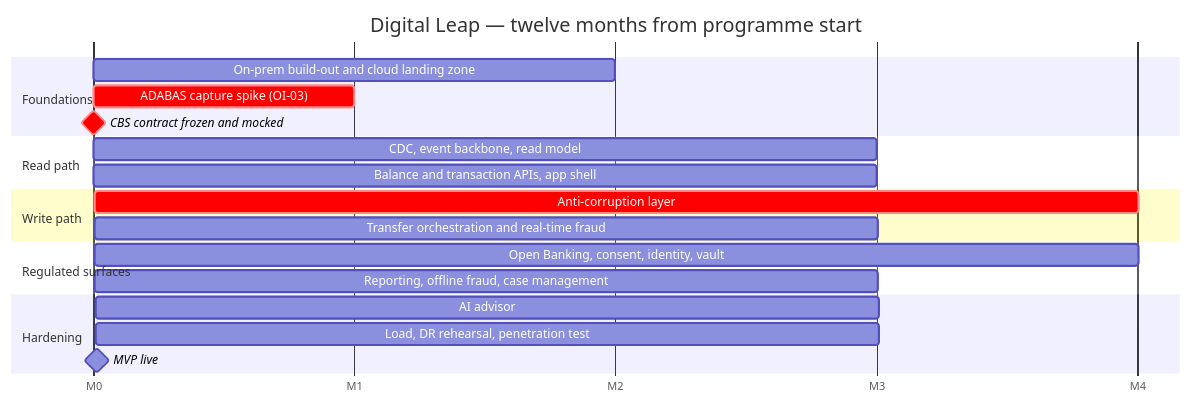
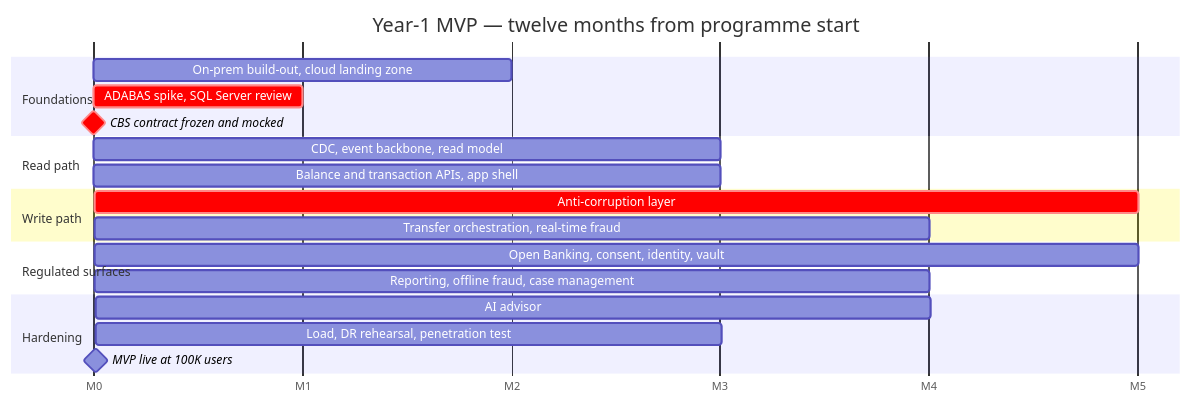
The diagram in ROADMAP.md (sunnydubey1111/neobank-digital-leap), drawn with Mermaid before and after one commit. The commit also changed other lines of this file and 7 other files, not shown here.

````diff
--- a/ROADMAP.md
+++ b/ROADMAP.md
@@ -34,24 +108,24 @@
 ```mermaid
 gantt
-    title Digital Leap — twelve months from programme start
+    title Year-1 MVP — twelve months from programme start
     dateFormat X
     axisFormat M%s
     tickInterval 1second
     section Foundations
-    On-prem build-out and cloud landing zone   :p0a, 0, 2s
-    ADABAS capture spike (OI-03)               :crit, p0b, 0, 1s
+    On-prem build-out, cloud landing zone      :p0a, 0, 2s
+    ADABAS spike, SQL Server review            :crit, p0b, 0, 1s
     CBS contract frozen and mocked             :crit, milestone, m1, 2, 0s
     section Read path
     CDC, event backbone, read model            :p1a, 1, 3s
     Balance and transaction APIs, app shell    :p1b, 2, 3s
     section Write path
-    Anti-corruption layer                      :crit, p2a, 3, 4s
-    Transfer orchestration and real-time fraud :p2b, 4, 3s
+    Anti-corruption layer                      :crit, p2a, 3, 5s
+    Transfer orchestration, real-time fraud    :p2b, 4, 4s
     section Regulated surfaces
-    Open Banking, consent, identity, vault     :p3a, 5, 4s
-    Reporting, offline fraud, case management  :p3b, 6, 3s
+    Open Banking, consent, identity, vault     :p3a, 5, 5s
+    Reporting, offline fraud, case management  :p3b, 6, 4s
     section Hardening
-    AI advisor                                 :p4a, 8, 3s
+    AI advisor                                 :p4a, 8, 4s
     Load, DR rehearsal, penetration test       :p4b, 9, 3s
-    MVP live                                   :milestone, m2, 12, 0s
+    MVP live at 100K users                     :milestone, m2, 12, 0s
 ```
````
